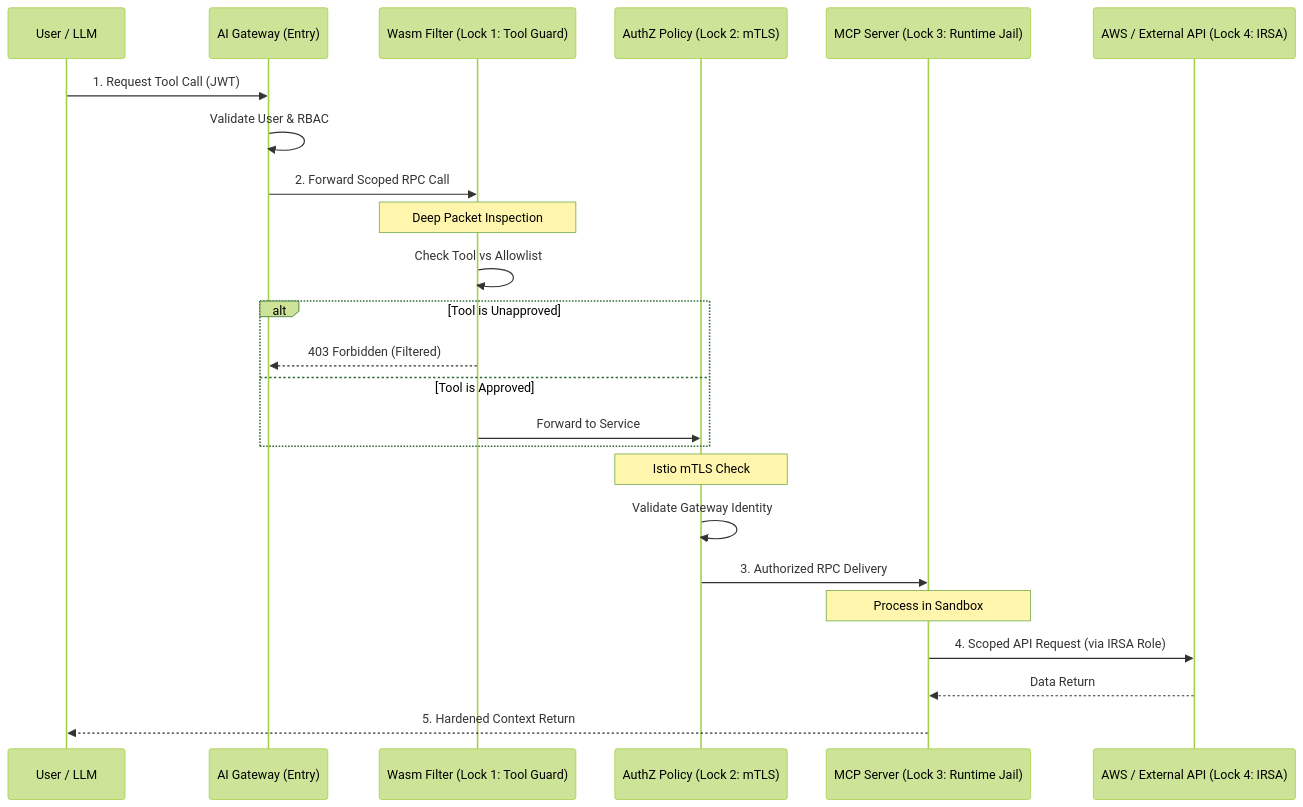
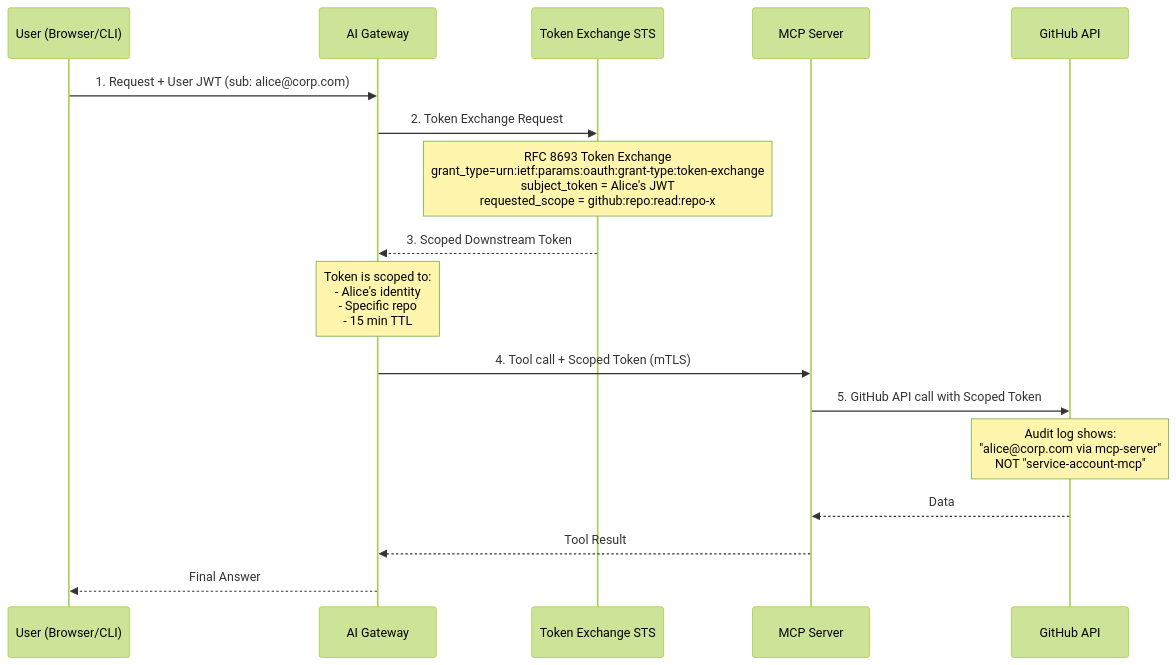
Before and after one commit to babywyrm/sysadmin: the second of 5 diagrams in mcp/rfc/readme.md, drawn with Mermaid (forest theme). The commit also changed other lines of this file, not shown here.

````diff
--- a/mcp/rfc/readme.md
+++ b/mcp/rfc/readme.md
@@ -51,31 +145,23 @@
 ```mermaid
 sequenceDiagram
-    participant U as User / LLM
-    participant G as AI Gateway (Entry)
-    participant W as Wasm Filter (Lock 1: Tool Guard)
-    participant A as AuthZ Policy (Lock 2: mTLS)
-    participant M as MCP Server (Lock 3: Runtime Jail)
-    participant C as AWS / External API (Lock 4: IRSA)
+    participant U as User (Browser/CLI)
+    participant G as AI Gateway
+    participant STS as Token Exchange STS
+    participant M as MCP Server
+    participant API as GitHub API
 
-    U->>G: 1. Request Tool Call (JWT)
-    G->>G: Validate User & RBAC
-    G->>W: 2. Forward Scoped RPC Call
-    
-    Note over W: Deep Packet Inspection
-    W->>W: Check Tool vs Allowlist
-    alt Tool is Unapproved
-        W-->>G: 403 Forbidden (Filtered)
-    else Tool is Approved
-        W->>A: Forward to Service
-    end
+    U->>G: 1. Request + User JWT (sub: alice@corp.com)
+    G->>STS: 2. Token Exchange Request
+    Note over STS: RFC 8693 Token Exchange<br/>grant_type=urn:ietf:params:oauth:grant-type:token-exchange<br/>subject_token = Alice's JWT<br/>requested_scope = github:repo:read:repo-x
 
-    Note over A: Istio mTLS Check
-    A->>A: Validate Gateway Identity
-    A->>M: 3. Authorized RPC Delivery
+    STS-->>G: 3. Scoped Downstream Token
+    Note over G: Token is scoped to:<br/>- Alice's identity<br/>- Specific repo<br/>- 15 min TTL
 
-    Note over M: Process in Sandbox
-    M->>C: 4. Scoped API Request (via IRSA Role)
-    C-->>M: Data Return
-    M-->>U: 5. Hardened Context Return
+    G->>M: 4. Tool call + Scoped Token (mTLS)
+    M->>API: 5. GitHub API call with Scoped Token
+    Note over API: Audit log shows:<br/>"alice@corp.com via mcp-server"<br/>NOT "service-account-mcp"
 
+    API-->>M: Data
+    M-->>G: Tool Result
+    G-->>U: Final Answer
 ```
````
